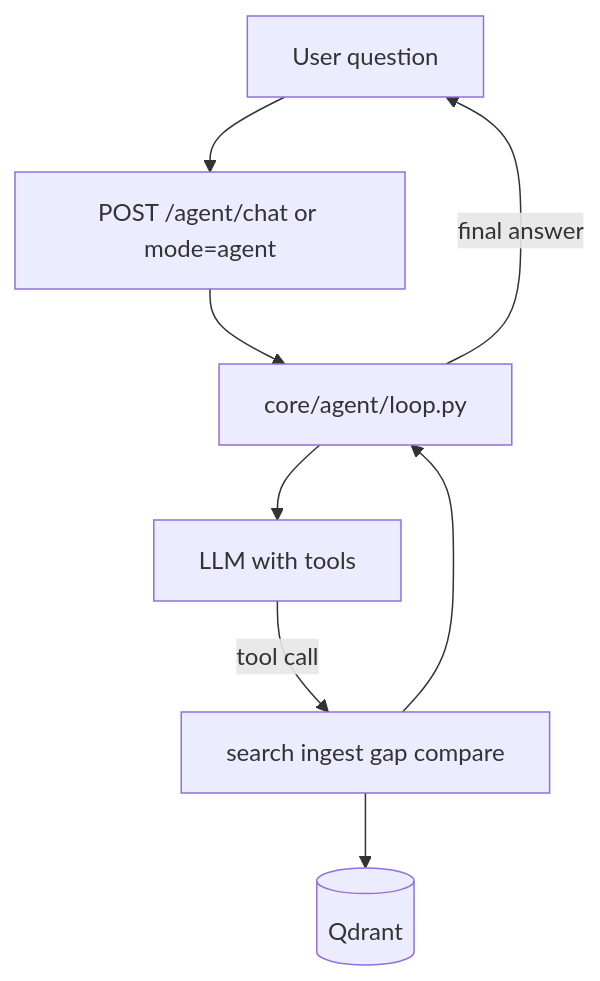
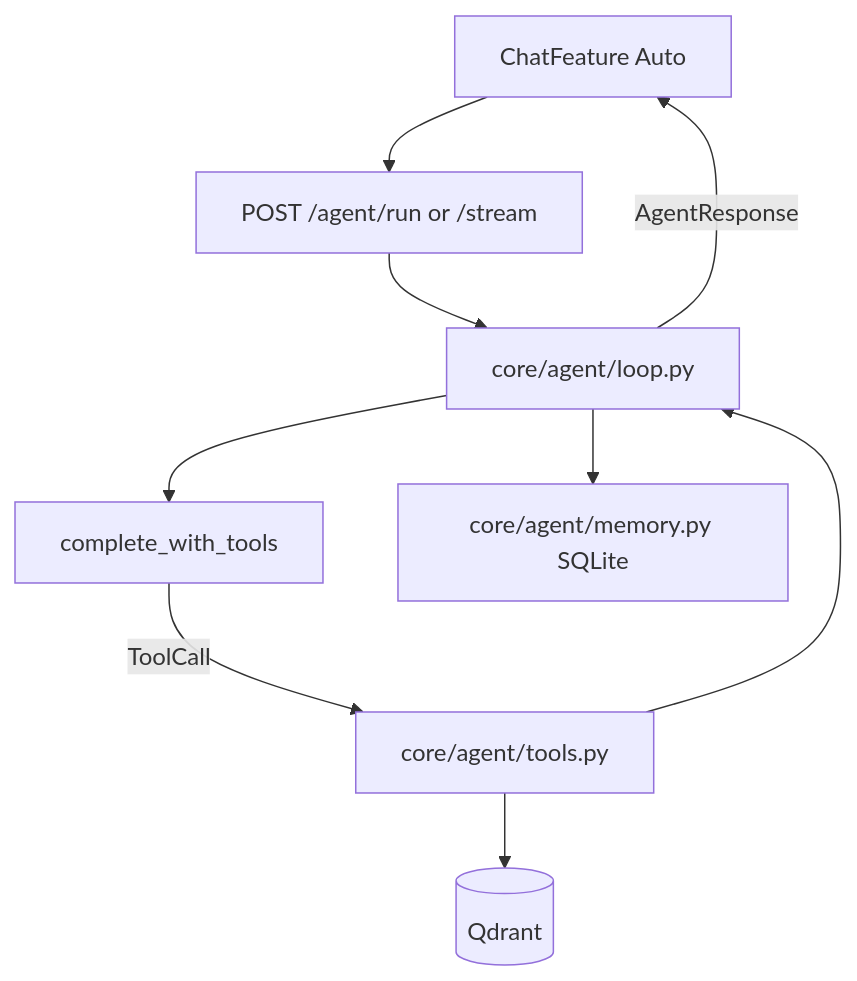
The diagram in docs/AGENT.md (CarlienRust/steve-peggy), drawn with Mermaid before and after one commit. The commit also changed other lines of this file and 25 other files, not shown here.

First line of the commit message:
Add reactive agent with tools, session memory, and SSE streaming.

````diff
--- a/docs/AGENT.md
+++ b/docs/AGENT.md
@@ -66,15 +16,17 @@
 ```mermaid
 flowchart TB
-  User[User question]
-  Router[POST /agent/chat or mode=agent]
+  UI[ChatFeature Auto]
+  Router[POST /agent/run or /stream]
   Loop[core/agent/loop.py]
-  LLM[LLM with tools]
-  Tools[search ingest gap compare]
+  LLM[complete_with_tools]
+  Tools[core/agent/tools.py]
+  Memory[core/agent/memory.py SQLite]
   Qdrant[(Qdrant)]
-  User --> Router --> Loop
+  UI --> Router --> Loop
+  Loop --> Memory
   Loop --> LLM
-  LLM -->|tool call| Tools
+  LLM -->|ToolCall| Tools
   Tools --> Qdrant
   Tools --> Loop
-  Loop -->|final answer| User
+  Loop -->|AgentResponse| UI
 ```
````
